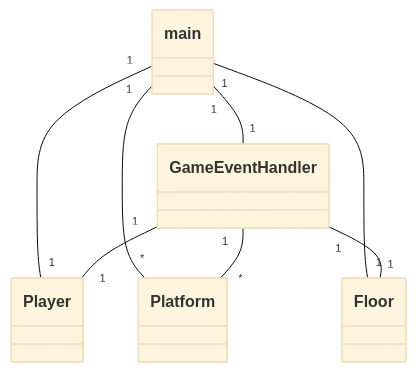
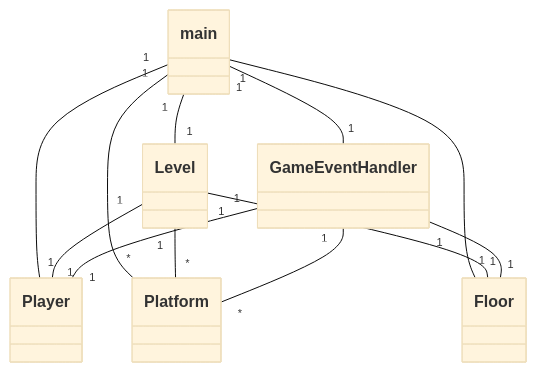
The diagram in dokumentaatio/arkkitehtuuri.md (lapatinn/ot-harjoitustyo), drawn with Mermaid (base theme) before and after one commit.

Commit message:
Update architecture documentation with Level relationships
Added Level entity relationships to architecture documentation.

````diff
--- a/dokumentaatio/arkkitehtuuri.md
+++ b/dokumentaatio/arkkitehtuuri.md
@@ -1,11 +1,15 @@
 ```mermaid
  classDiagram
     main "1" -- "1" Player
     main "1" -- "*" Platform
     main "1" -- "1" Floor
     main "1" -- "1" GameEventHandler
+    main "1" -- "1" Level
+    Level "1" -- "1" Player
+    Level "1" -- "1" Floor
+    Level "1" -- "*" Platform
     GameEventHandler "1" -- "1" Player
     GameEventHandler "1" -- "*" Platform
     GameEventHandler "1" -- "1" Floor
     
 ```
````
